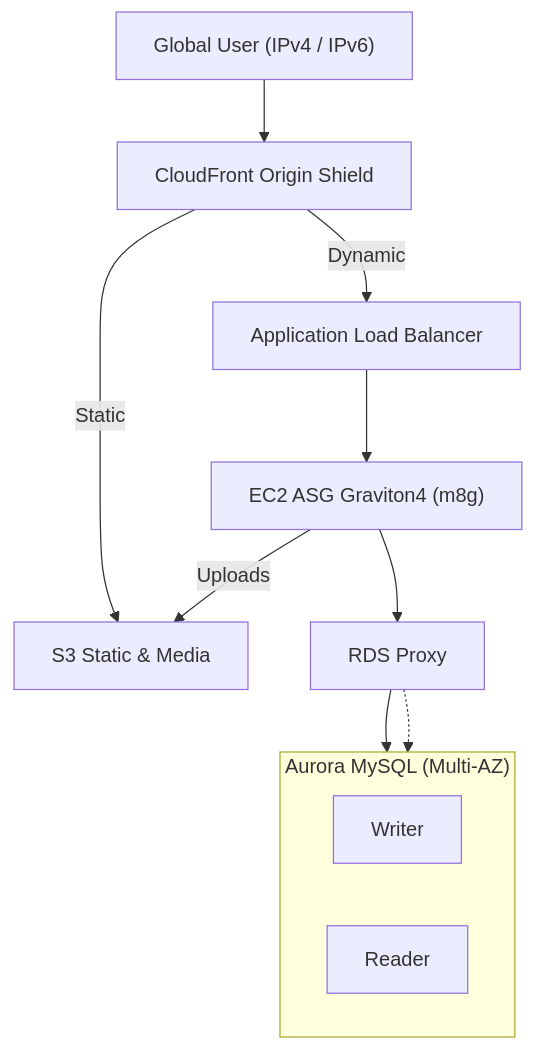
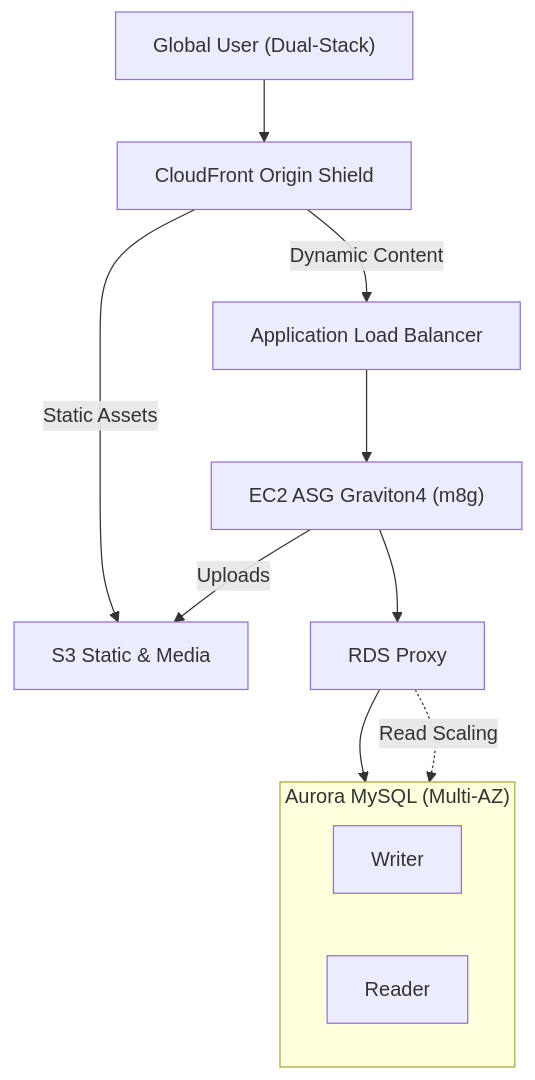
One commit to Echolyy-dreamer/Cloud-Architecture-Evolution changed the first of 2 diagrams in Project-1-LAMP-Migration/newtest.md. Above: the diagram before and after it, drawn with Mermaid. The commit also changed other lines of this file, not shown here.

````diff
--- a/Project-1-LAMP-Migration/newtest.md
+++ b/Project-1-LAMP-Migration/newtest.md
@@ -23,22 +21,22 @@
 ```mermaid
 flowchart TB
-    U["Global User (IPv4 / IPv6)"]
+    U["Global User (Dual-Stack)"]
     CF["CloudFront Origin Shield"]
     ALB["Application Load Balancer"]
     ASG["EC2 ASG Graviton4 (m8g)"]
     S3["S3 Static & Media"]
     RP["RDS Proxy"]
 
     subgraph DB["Aurora MySQL (Multi-AZ)"]
         direction LR
         RW["Writer"]
         RO["Reader"]
     end
 
     U --> CF
-    CF -->|Dynamic| ALB --> ASG
-    CF -->|Static| S3
-    ASG -->|Uploads| S3
+    CF -- "Dynamic Content" --> ALB --> ASG
+    CF -- "Static Assets" --> S3
+    ASG -- "Uploads" --> S3
     ASG --> RP --> RW
-    RP -.-> RO
+    RP -.->|Read Scaling| RO
 ```
````
